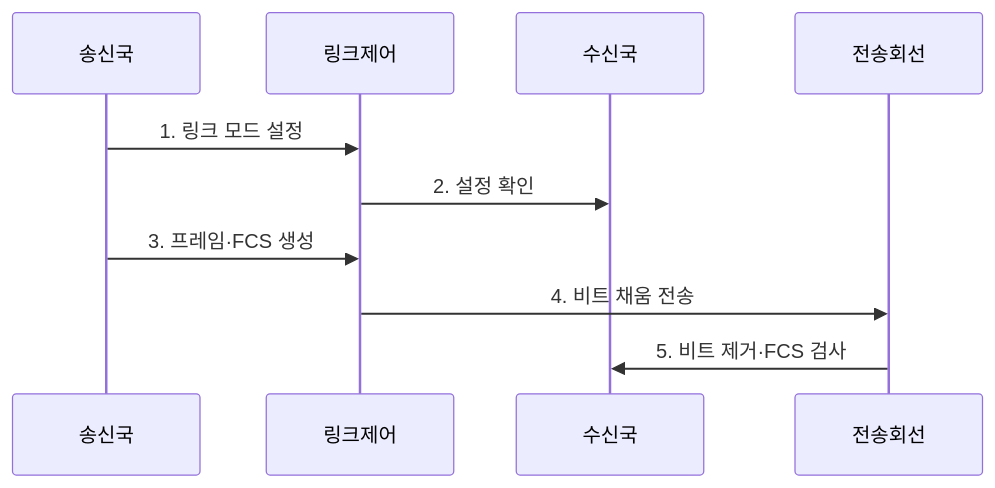
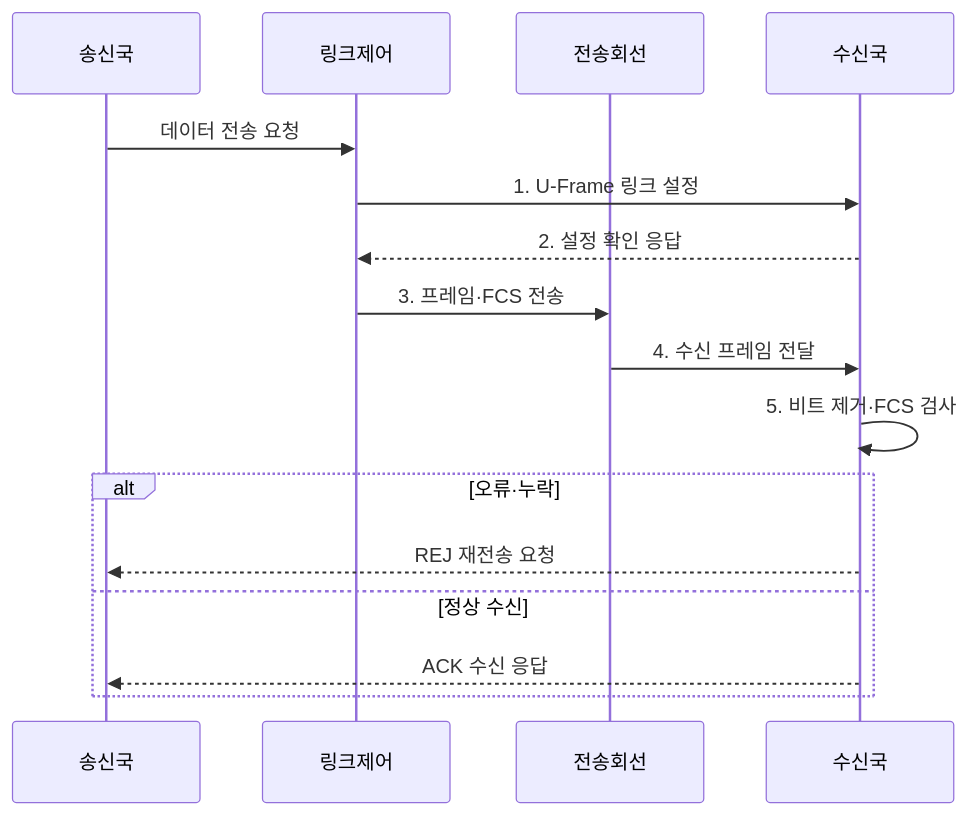
Before and after one commit to agnusdei1207/knowledge-base: the second of 2 diagrams in src/content/docs/notes/04-network/071_hdlc.md, drawn with Mermaid. The commit also changed other lines of this file and 20 other files, not shown here.

````diff
--- a/src/content/docs/notes/04-network/071_hdlc.md
+++ b/src/content/docs/notes/04-network/071_hdlc.md
@@ -89,12 +94,18 @@
 ```mermaid
 sequenceDiagram
     participant 송신국
     participant 링크제어
+    participant 전송회선
     participant 수신국
-    participant 전송회선
-    송신국->>링크제어: 1. 링크 모드 설정
-    링크제어->>수신국: 2. 설정 확인
-    송신국->>링크제어: 3. 프레임·FCS 생성
-    링크제어->>전송회선: 4. 비트 채움 전송
-    전송회선->>수신국: 5. 비트 제거·FCS 검사
+    송신국->>링크제어: 데이터 전송 요청
+    링크제어->>수신국: 1. U-Frame 링크 설정
+    수신국-->>링크제어: 2. 설정 확인 응답
+    링크제어->>전송회선: 3. 프레임·FCS 전송
+    전송회선->>수신국: 4. 수신 프레임 전달
+    수신국->>수신국: 5. 비트 제거·FCS 검사
+    alt 오류·누락
+        수신국-->>송신국: REJ 재전송 요청
+    else 정상 수신
+        수신국-->>송신국: ACK 수신 응답
+    end
 ```
````
